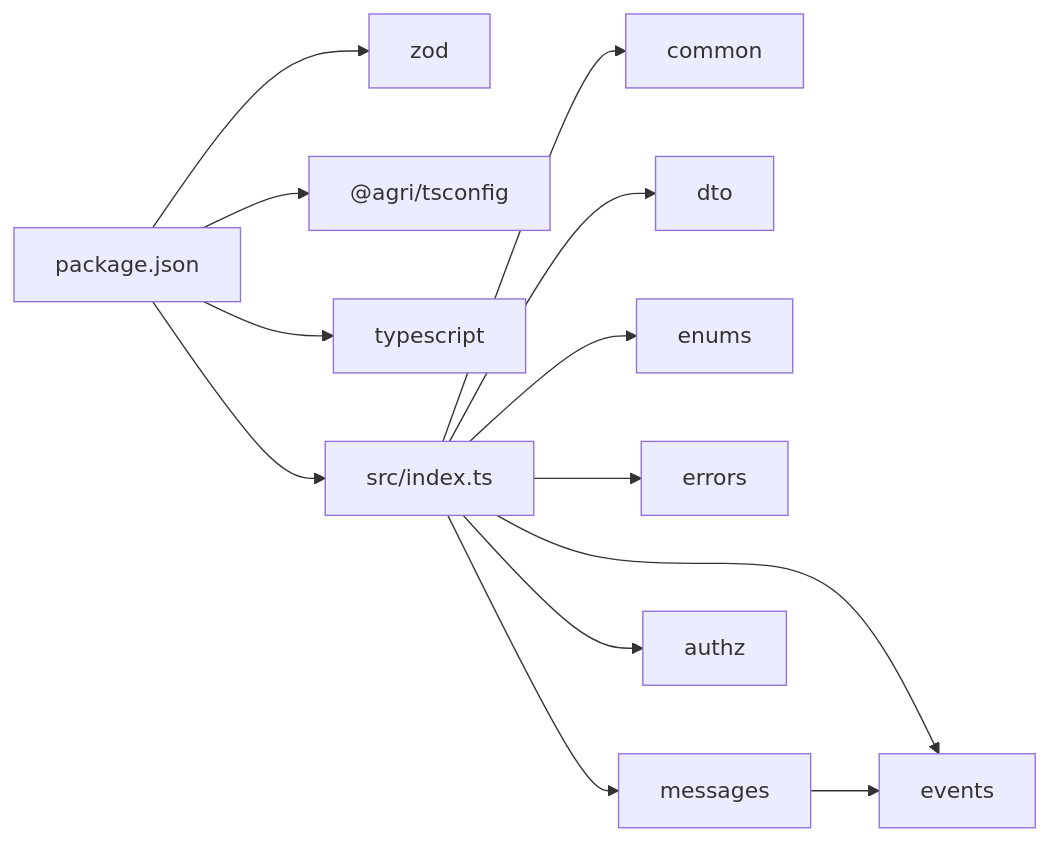
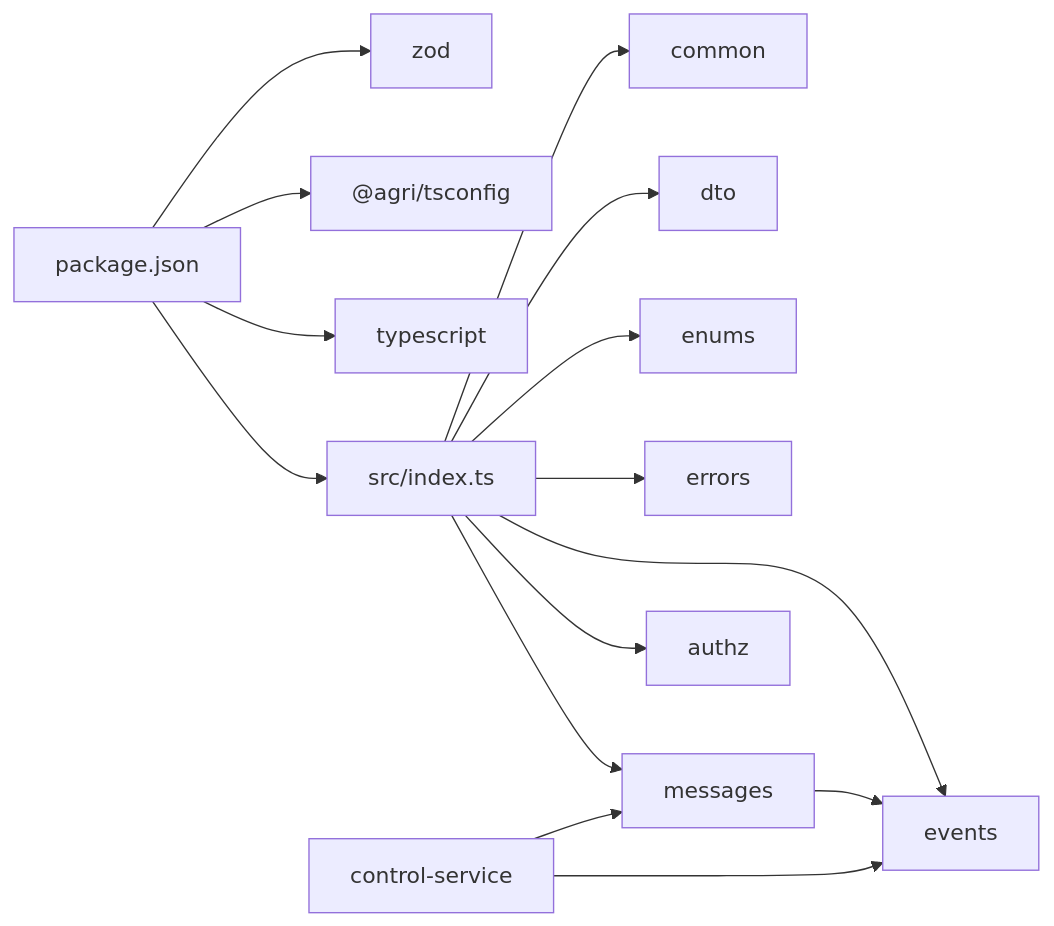
The seventh of 7 diagrams in .qoder/repowiki/zh/content/公共包文档/契约定义包 (@agri_contracts).md (q446328246/agri-platform), drawn with Mermaid before and after one commit. The commit also changed other lines of this file and 35 other files, not shown here.

````diff
--- a/.qoder/repowiki/zh/content/公共包文档/契约定义包 (@agri_contracts).md
+++ b/.qoder/repowiki/zh/content/公共包文档/契约定义包 (@agri_contracts).md
@@ -281,15 +359,17 @@
 ```mermaid
 graph LR
 P["package.json"] --> Z["zod"]
 P --> TSC["@agri/tsconfig"]
 P --> TS["typescript"]
 P --> IDX["src/index.ts"]
 IDX --> COM["common"]
 IDX --> DTO["dto"]
 IDX --> ENUMS["enums"]
 IDX --> ERR["errors"]
 IDX --> EVT["events"]
 IDX --> MSG["messages"]
 IDX --> AUTHZ["authz"]
 MSG --> EVT
+CS["control-service"] --> EVT
+CS --> MSG
 ```
````
